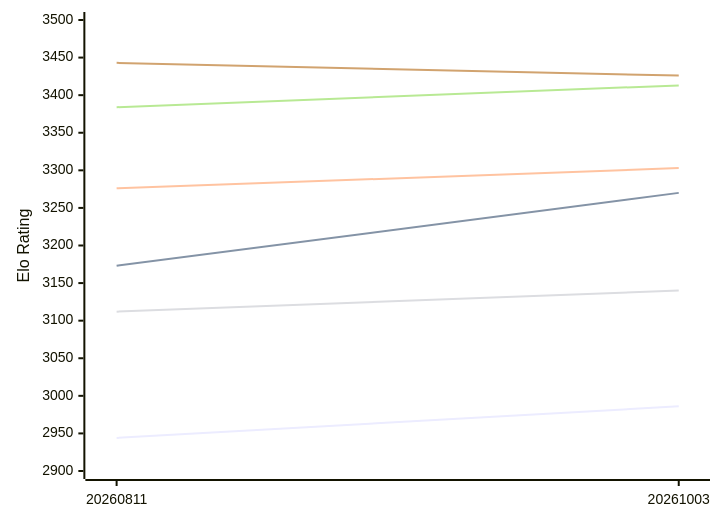
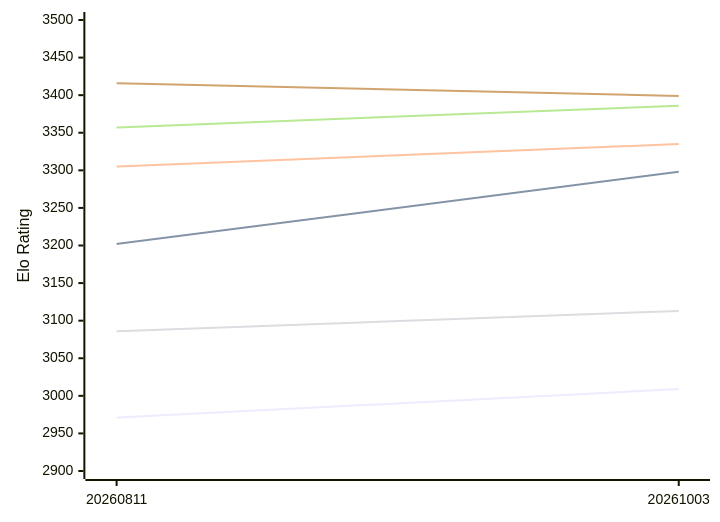
The first of 2 diagrams in engines/Askaig.md (computer-chess-index/cci), drawn with Mermaid before and after one commit. The commit also changed other lines of this file, not shown here.

Commit message:
Update CCI Ratings (ELO VLTC) - 2026-10-19

````diff
--- a/engines/Askaig.md
+++ b/engines/Askaig.md
@@ -52,12 +52,12 @@
 ```mermaid
 %%{init: {"theme":"base","themeVariables":{"seriesColors:['#a3a3a3','#222221','#faa371']}}}%%
 xychart-beta
   x-axis ["20260811", "20261003"]
   y-axis "Elo Rating" 2900 --> 3500
-  line "E1: STC (8.0+0.08s)" [2944, 2986]
-  line "E1: LTC (60.0+0.60s)" [3173, 3270]
-  line "E1: VLTC (2m24s+1.12s)" [3276, 3303]
-  line "P1: STC (8.0+0.08s)" [3112, 3140]
-  line "P1: LTC (60.0+0.60s)" [3384, 3413]
-  line "P1: VLTC (2m24s+1.12s)" [3443, 3426]
+  line "E1: STC (8.0+0.08s)" [2971, 3009]
+  line "E1: LTC (60.0+0.60s)" [3202, 3298]
+  line "E1: VLTC (2m24s+1.12s)" [3305, 3335]
+  line "P1: STC (8.0+0.08s)" [3086, 3113]
+  line "P1: LTC (60.0+0.60s)" [3357, 3386]
+  line "P1: VLTC (2m24s+1.12s)" [3416, 3399]
 ```
````
